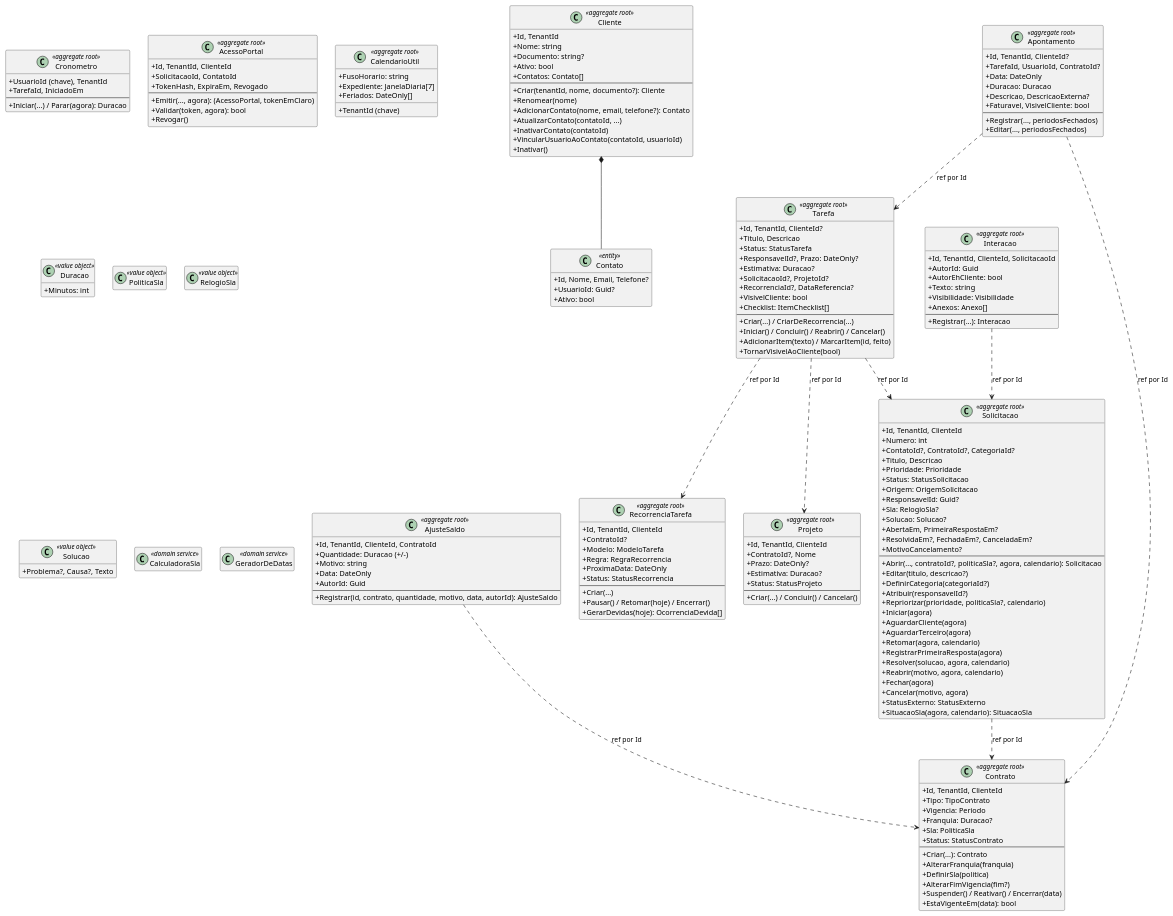
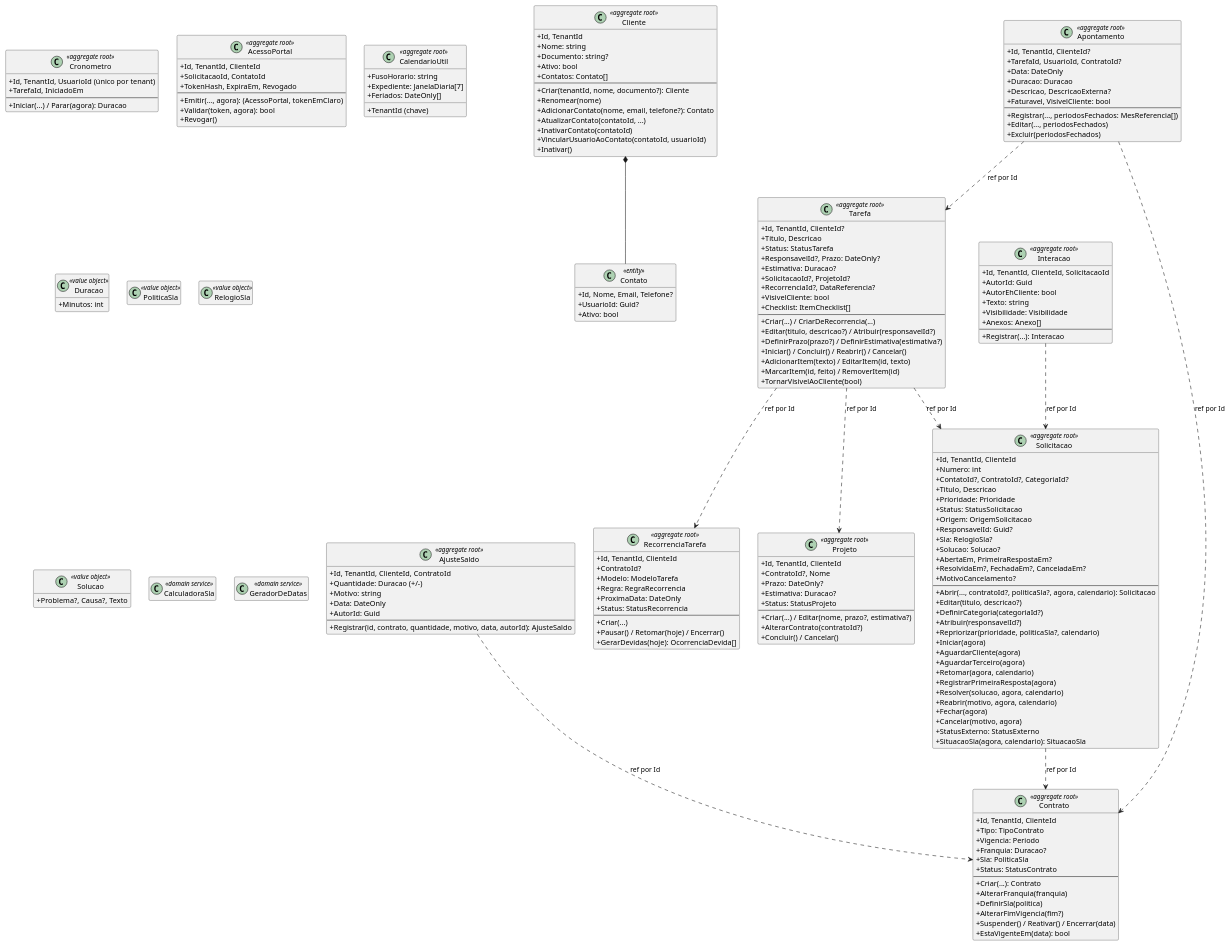
The diagram in docs/modelo-de-dominio-acordu.md (dansantxs/Acordu), drawn with PlantUML before and after one commit. The commit also changed other lines of this file and 1 other file, not shown here.

```diff
--- a/docs/modelo-de-dominio-acordu.md
+++ b/docs/modelo-de-dominio-acordu.md
@@ -135,8 +135,11 @@
   +Checklist: ItemChecklist[]
   --
   +Criar(...) / CriarDeRecorrencia(...)
+  +Editar(titulo, descricao?) / Atribuir(responsavelId?)
+  +DefinirPrazo(prazo?) / DefinirEstimativa(estimativa?)
   +Iniciar() / Concluir() / Reabrir() / Cancelar()
-  +AdicionarItem(texto) / MarcarItem(id, feito)
+  +AdicionarItem(texto) / EditarItem(id, texto)
+  +MarcarItem(id, feito) / RemoverItem(id)
   +TornarVisivelAoCliente(bool)
 }
 
@@ -147,7 +150,9 @@
   +Estimativa: Duracao?
   +Status: StatusProjeto
   --
-  +Criar(...) / Concluir() / Cancelar()
+  +Criar(...) / Editar(nome, prazo?, estimativa?)
+  +AlterarContrato(contratoId?)
+  +Concluir() / Cancelar()
 }
 
 class Apontamento <<aggregate root>> {
@@ -158,12 +163,13 @@
   +Descricao, DescricaoExterna?
   +Faturavel, VisivelCliente: bool
   --
-  +Registrar(..., periodosFechados)
+  +Registrar(..., periodosFechados: MesReferencia[])
   +Editar(..., periodosFechados)
+  +Excluir(periodosFechados)
 }
 
 class Cronometro <<aggregate root>> {
-  +UsuarioId (chave), TenantId
+  +Id, TenantId, UsuarioId (único por tenant)
   +TarefaId, IniciadoEm
   --
   +Iniciar(...) / Parar(agora): Duracao
```
